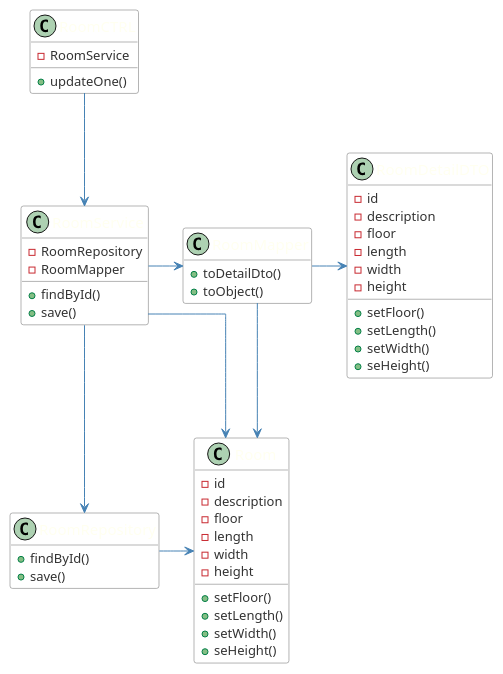
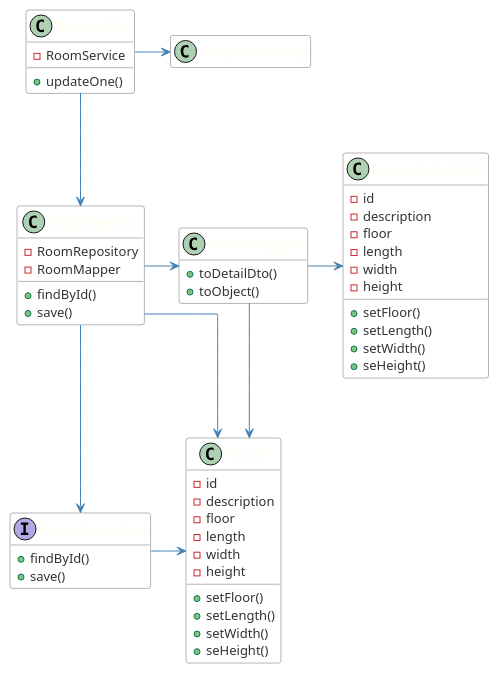
One commit to emanuel-pereira/hou changed the diagram in src/main/java/smarthome/controller/rest/classDiagrams/cd_EditRoom.puml. Above: the diagram before and after it, drawn with PlantUML.

Commit message:
UI US109: Update class diagram. Ref #251

```diff
--- a/src/main/java/smarthome/controller/rest/classDiagrams/cd_EditRoom.puml
+++ b/src/main/java/smarthome/controller/rest/classDiagrams/cd_EditRoom.puml
@@ -1,81 +1,82 @@
 @startuml
 skinparam linetype ortho
 hide empty members
 
 skinparam class {
 	ArrowColor SteelBlue
 	BorderColor Dimgray
 	HeaderBackgroundColor SteelBlue
 	BackgroundColor White
 	FontName Calibri bold
 	AttributeFontColor #333
 	AttributeFontName Calibri
 	AttributeFontSize 13
 	FontColor Ivory
 	FontSize 15
 }
 
 class RoomCTRL{
 - RoomService
 + updateOne()
 }
 
 class RoomService{
 - RoomRepository
 - RoomMapper
 
 + findById()
 + save()
 }
 
 class RoomMapper {
 + toDetailDto()
 + toObject()
 }
 
-class RoomRepository{
+Interface RoomRepository{
 
 + findById()
 + save()
 
 }
 
 class Room{
 - id
 - description
 - floor
 - length
 - width
 - height
 
 + setFloor()
 + setLength()
 + setWidth()
 + seHeight()
 }
 
 class RoomDetailDTO{
 - id
 - description
 - floor
 - length
 - width
 - height
 
 + setFloor()
 + setLength()
 + setWidth()
 + seHeight()
 
 }
 
 RoomCTRL --> RoomService
+RoomCTRL -> ResponseEntity
 RoomService -> RoomMapper
 RoomService -> Room
 RoomMapper -> RoomDetailDTO
 RoomMapper --> Room
 RoomService --> RoomRepository
 RoomRepository -> Room
 
 
 @enduml
```
